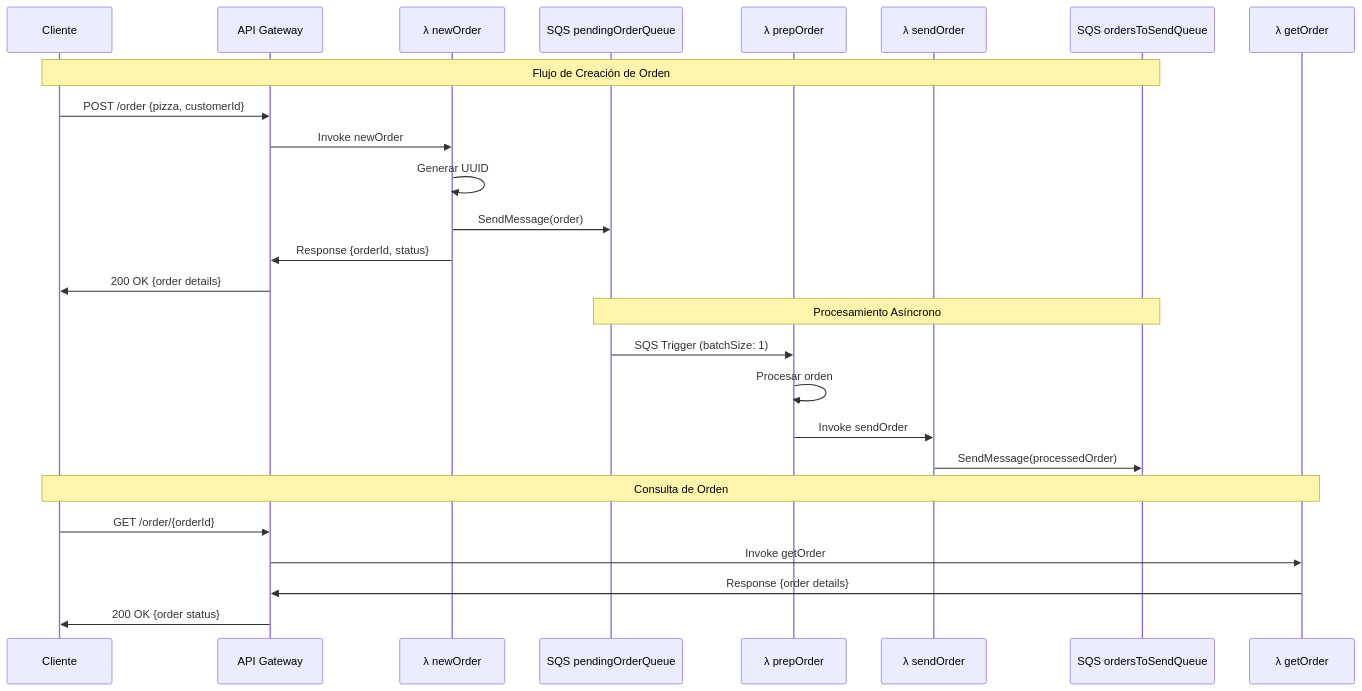
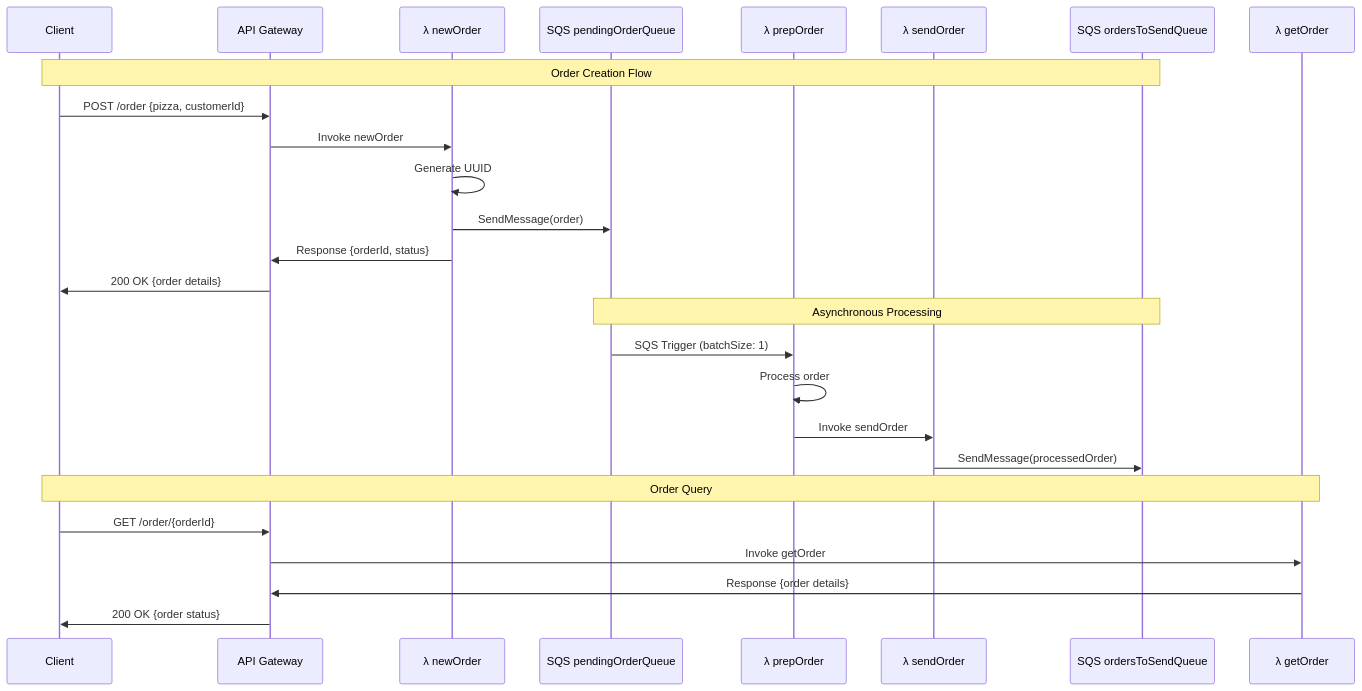
Before and after one commit to alexlondon07/serverless-aws: the second of 3 diagrams in ARCHITECTURE.md, drawn with Mermaid. The commit also changed other lines of this file and 1 other file, not shown here.

````diff
--- a/ARCHITECTURE.md
+++ b/ARCHITECTURE.md
@@ -44,31 +44,31 @@
 ```mermaid
 sequenceDiagram
-    participant C as Cliente
+    participant C as Client
     participant AG as API Gateway
     participant NO as λ newOrder
     participant PQ as SQS pendingOrderQueue
     participant PO as λ prepOrder
     participant SO as λ sendOrder
     participant SQ as SQS ordersToSendQueue
     participant GO as λ getOrder
     
-    Note over C,SQ: Flujo de Creación de Orden
+    Note over C,SQ: Order Creation Flow
     C->>AG: POST /order {pizza, customerId}
     AG->>NO: Invoke newOrder
-    NO->>NO: Generar UUID
+    NO->>NO: Generate UUID
     NO->>PQ: SendMessage(order)
     NO->>AG: Response {orderId, status}
     AG->>C: 200 OK {order details}
     
-    Note over PQ,SQ: Procesamiento Asíncrono
+    Note over PQ,SQ: Asynchronous Processing
     PQ->>PO: SQS Trigger (batchSize: 1)
-    PO->>PO: Procesar orden
+    PO->>PO: Process order
     PO->>SO: Invoke sendOrder
     SO->>SQ: SendMessage(processedOrder)
     
-    Note over C,GO: Consulta de Orden
+    Note over C,GO: Order Query
     C->>AG: GET /order/{orderId}
     AG->>GO: Invoke getOrder
     GO->>AG: Response {order details}
     AG->>C: 200 OK {order status}
 ```
````
